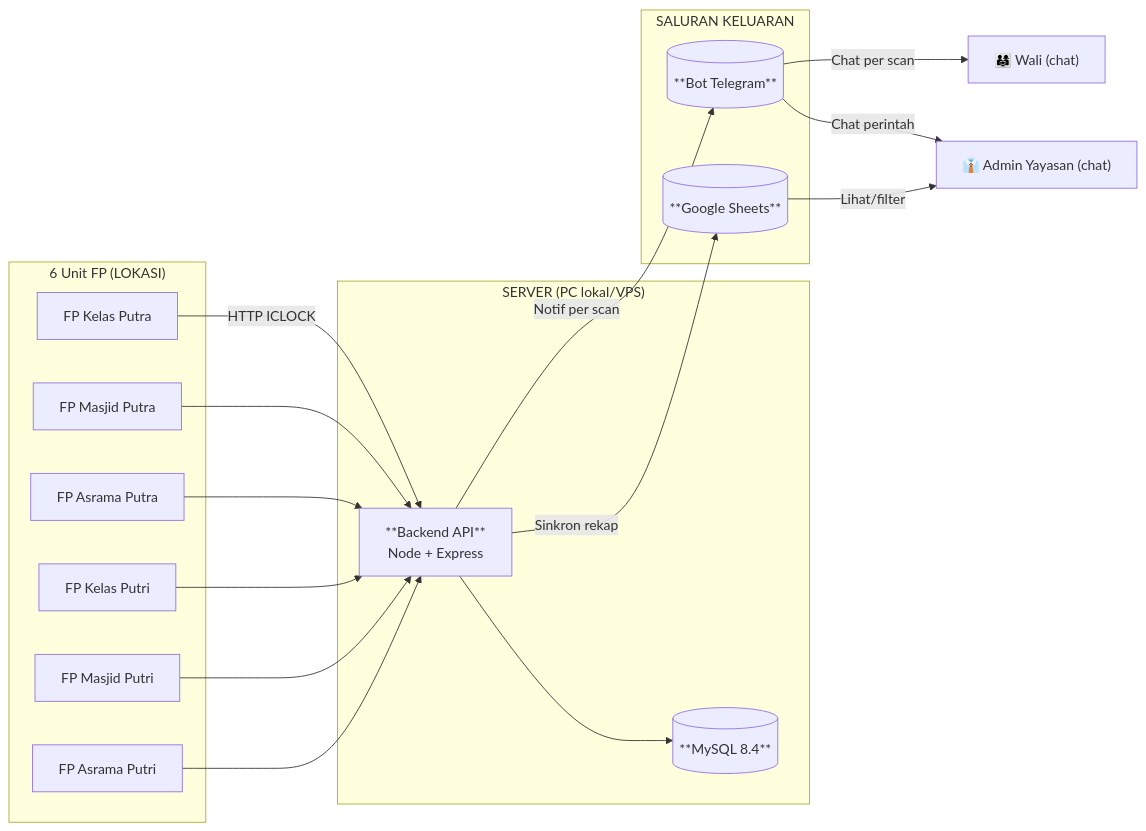
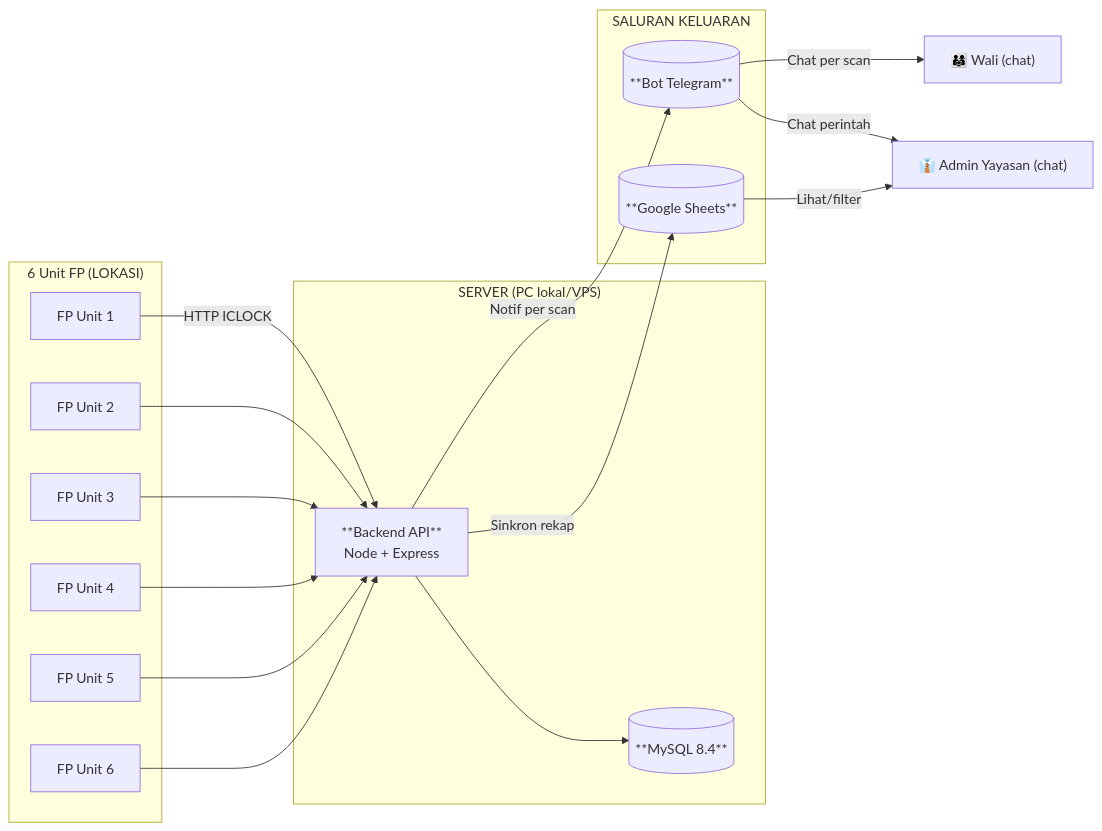
The first of 3 diagrams in 20-Projects/01-absensi-finger/03-NO-WEB-SOLUTION.md (RaiKanaeru/ai-agents-vault), drawn with Mermaid before and after one commit. The commit also changed other lines of this file and 4 other files, not shown here.

````diff
--- a/20-Projects/01-absensi-finger/03-NO-WEB-SOLUTION.md
+++ b/20-Projects/01-absensi-finger/03-NO-WEB-SOLUTION.md
@@ -29,37 +29,37 @@
 ```mermaid
 flowchart LR
     subgraph TITIK["6 Unit FP (LOKASI)"]
-        FP1[FP Kelas Putra]
-        FP2[FP Masjid Putra]
-        FP3[FP Asrama Putra]
-        FP4[FP Kelas Putri]
-        FP5[FP Masjid Putri]
-        FP6[FP Asrama Putri]
+        FP1[FP Unit 1]
+        FP2[FP Unit 2]
+        FP3[FP Unit 3]
+        FP4[FP Unit 4]
+        FP5[FP Unit 5]
+        FP6[FP Unit 6]
     end
 
     subgraph SERVER["SERVER (PC lokal/VPS)"]
         API["**Backend API**<br/>Node + Express"]
         DB[("**MySQL 8.4**")]
     end
 
     subgraph SALURAN["SALURAN KELUARAN"]
         TG[("**Bot Telegram**")]
         SH[("**Google Sheets**")]
     end
 
     WALI["👨‍👩‍👧 Wali (chat)"]
     ADMIN["👔 Admin Yayasan (chat)"]
 
     FP1 -->|"HTTP ICLOCK"| API
     FP2 --> API
     FP3 --> API
     FP4 --> API
     FP5 --> API
     FP6 --> API
     API --> DB
     API -->|"Notif per scan"| TG
     API -->|"Sinkron rekap"| SH
     TG -->|"Chat per scan"| WALI
     TG -->|"Chat perintah"| ADMIN
     SH -->|"Lihat/filter"| ADMIN
 ```
````
